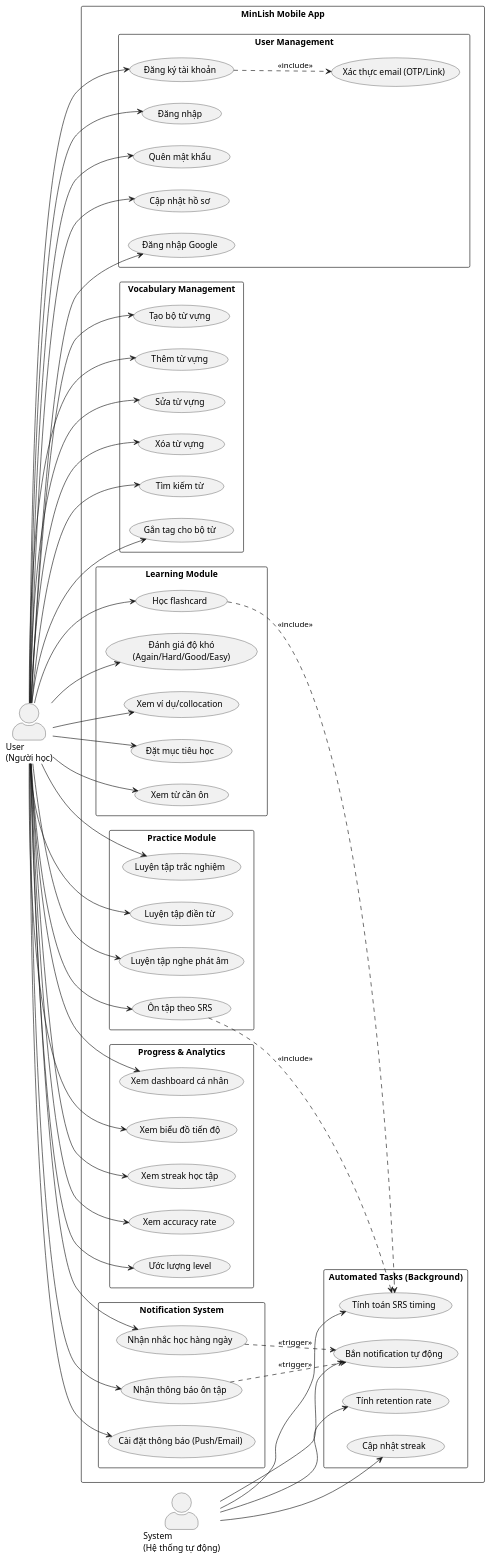
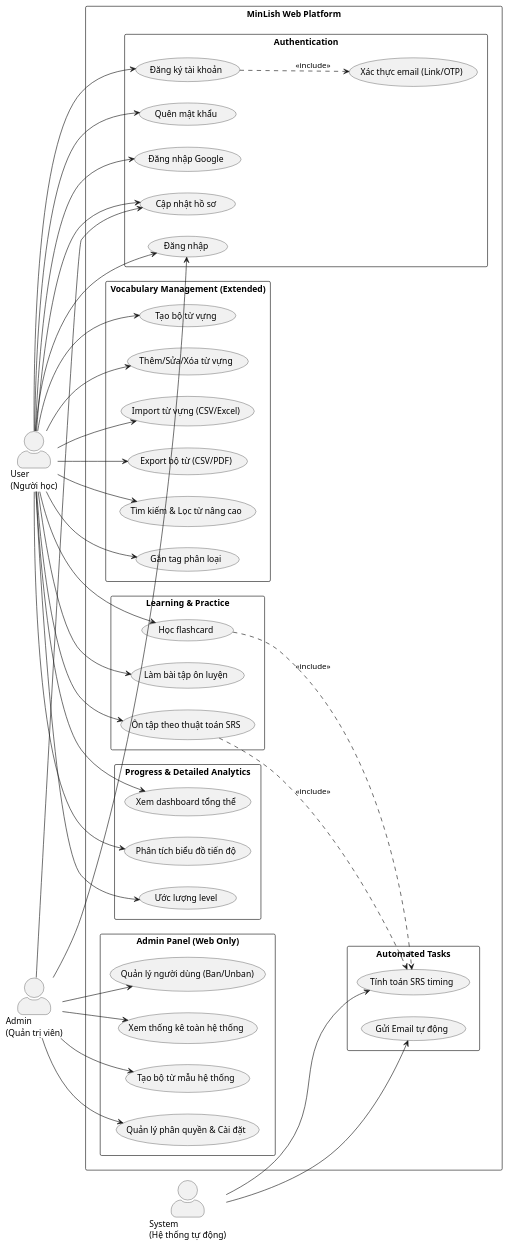
The diagram in uml/UseCaseDiagram.puml (MinLish-Ecosystem/minlish-backend-mobile), drawn with PlantUML before and after one commit. The commit also changed 55 other files, not shown here.

```diff
--- a/uml/UseCaseDiagram.puml
+++ b/uml/UseCaseDiagram.puml
@@ -1,117 +1,95 @@
-@startuml MinLish_Mobile_UseCase
+@startuml MinLish_Web_UseCase
 
 left to right direction
 skinparam packageStyle rectangle
 skinparam actorStyle awesome
 
 actor "User\n(Người học)" as User
+actor "Admin\n(Quản trị viên)" as Admin
 actor "System\n(Hệ thống tự động)" as System
 
-rectangle "MinLish Mobile App" {
+rectangle "MinLish Web Platform" {
   
-  package "User Management" {
+  package "Authentication" {
     usecase UC1 as "Đăng ký tài khoản"
     usecase UC2 as "Đăng nhập"
-    usecase UC3 as "Xác thực email (OTP/Link)"
+    usecase UC3 as "Xác thực email (Link/OTP)"
     usecase UC4 as "Quên mật khẩu"
     usecase UC5 as "Cập nhật hồ sơ"
     usecase UC6 as "Đăng nhập Google"
   }
   
-  package "Vocabulary Management" {
+  package "Vocabulary Management (Extended)" {
     usecase UC7 as "Tạo bộ từ vựng"
-    usecase UC8 as "Thêm từ vựng"
-    usecase UC9 as "Sửa từ vựng"
-    usecase UC10 as "Xóa từ vựng"
-    usecase UC13 as "Tìm kiếm từ"
-    usecase UC14 as "Gắn tag cho bộ từ"
+    usecase UC8 as "Thêm/Sửa/Xóa từ vựng"
+    usecase UC11 as "Import từ vựng (CSV/Excel)"
+    usecase UC12 as "Export bộ từ (CSV/PDF)"
+    usecase UC13 as "Tìm kiếm & Lọc từ nâng cao"
+    usecase UC14 as "Gắn tag phân loại"
   }
   
-  package "Learning Module" {
+  package "Learning & Practice" {
     usecase UC15 as "Học flashcard"
-    usecase UC16 as "Đánh giá độ khó\n(Again/Hard/Good/Easy)"
-    usecase UC17 as "Xem ví dụ/collocation"
-    usecase UC18 as "Đặt mục tiêu học"
-    usecase UC19 as "Xem từ cần ôn"
+    usecase UC20 as "Làm bài tập ôn luyện"
+    usecase UC23 as "Ôn tập theo thuật toán SRS"
   }
   
-  package "Practice Module" {
-    usecase UC20 as "Luyện tập trắc nghiệm"
-    usecase UC21 as "Luyện tập điền từ"
-    usecase UC22 as "Luyện tập nghe phát âm"
-    usecase UC23 as "Ôn tập theo SRS"
-  }
-  
-  package "Progress & Analytics" {
-    usecase UC24 as "Xem dashboard cá nhân"
-    usecase UC25 as "Xem biểu đồ tiến độ"
-    usecase UC26 as "Xem streak học tập"
-    usecase UC27 as "Xem accuracy rate"
+  package "Progress & Detailed Analytics" {
+    usecase UC24 as "Xem dashboard tổng thể"
+    usecase UC25 as "Phân tích biểu đồ tiến độ"
     usecase UC28 as "Ước lượng level"
   }
   
-  package "Notification System" {
-    usecase UC29 as "Nhận nhắc học hàng ngày"
-    usecase UC30 as "Nhận thông báo ôn tập"
-    usecase UC31 as "Cài đặt thông báo (Push/Email)"
+  package "Admin Panel (Web Only)" {
+    usecase UC32 as "Quản lý người dùng (Ban/Unban)"
+    usecase UC33 as "Xem thống kê toàn hệ thống"
+    usecase UC34 as "Tạo bộ từ mẫu hệ thống"
+    usecase UC39 as "Quản lý phân quyền & Cài đặt"
   }
   
-  package "Automated Tasks (Background)" {
+  package "Automated Tasks" {
     usecase UC35 as "Tính toán SRS timing"
-    usecase UC36 as "Bắn notification tự động"
-    usecase UC37 as "Cập nhật streak"
-    usecase UC38 as "Tính retention rate"
+    usecase UC36 as "Gửi Email tự động"
   }
 }
 
 ' User relationships
 User --> UC1
 User --> UC2
 User --> UC4
 User --> UC5
 User --> UC6
 
 User --> UC7
 User --> UC8
-User --> UC9
-User --> UC10
+User --> UC11
+User --> UC12
 User --> UC13
 User --> UC14
 
 User --> UC15
-User --> UC16
-User --> UC17
-User --> UC18
-User --> UC19
-
 User --> UC20
-User --> UC21
-User --> UC22
 User --> UC23
 
 User --> UC24
 User --> UC25
-User --> UC26
-User --> UC27
 User --> UC28
 
-User --> UC29
-User --> UC30
-User --> UC31
+' Admin relationships
+Admin --> UC2
+Admin --> UC5
+Admin --> UC32
+Admin --> UC33
+Admin --> UC34
+Admin --> UC39
 
 ' System relationships
 System --> UC35
 System --> UC36
-System --> UC37
-System --> UC38
 
 ' Dependencies & Includes
 UC1 ..> UC3 : <<include>>
 UC15 ..> UC35 : <<include>>
 UC23 ..> UC35 : <<include>>
 
-' Triggers
-UC29 ..> UC36 : <<trigger>>
-UC30 ..> UC36 : <<trigger>>
-
 @enduml
```
